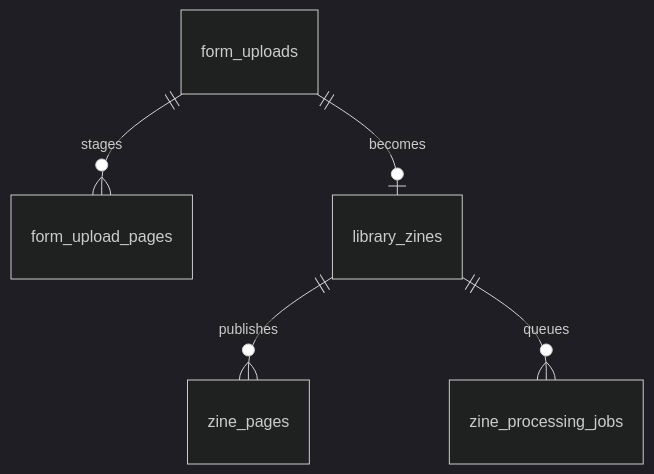
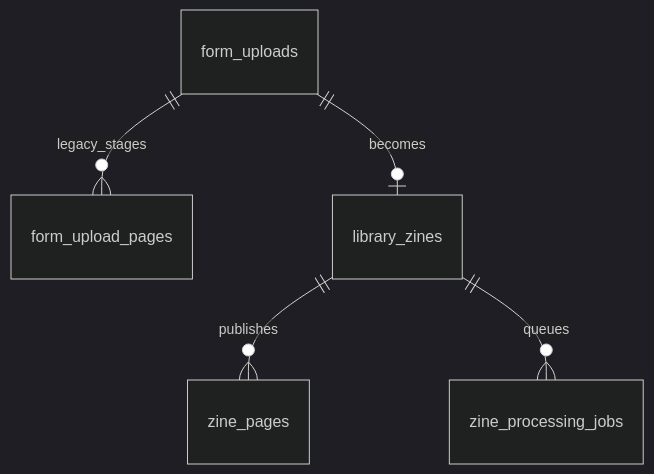
The first of 2 diagrams in docs/specs/page-processing-and-asset-lifecycle.md (lumamontes/biblioteca-de-zines), drawn with Mermaid (dark theme) before and after one commit. The commit also changed other lines of this file and 18 other files, not shown here.

````diff
--- a/docs/specs/page-processing-and-asset-lifecycle.md
+++ b/docs/specs/page-processing-and-asset-lifecycle.md
@@ -29,7 +29,7 @@
 ```mermaid
 erDiagram
-    form_uploads ||--o{ form_upload_pages : stages
+    form_uploads ||--o{ form_upload_pages : legacy_stages
     form_uploads ||--o| library_zines : becomes
     library_zines ||--o{ zine_pages : publishes
     library_zines ||--o{ zine_processing_jobs : queues
 ```
````
